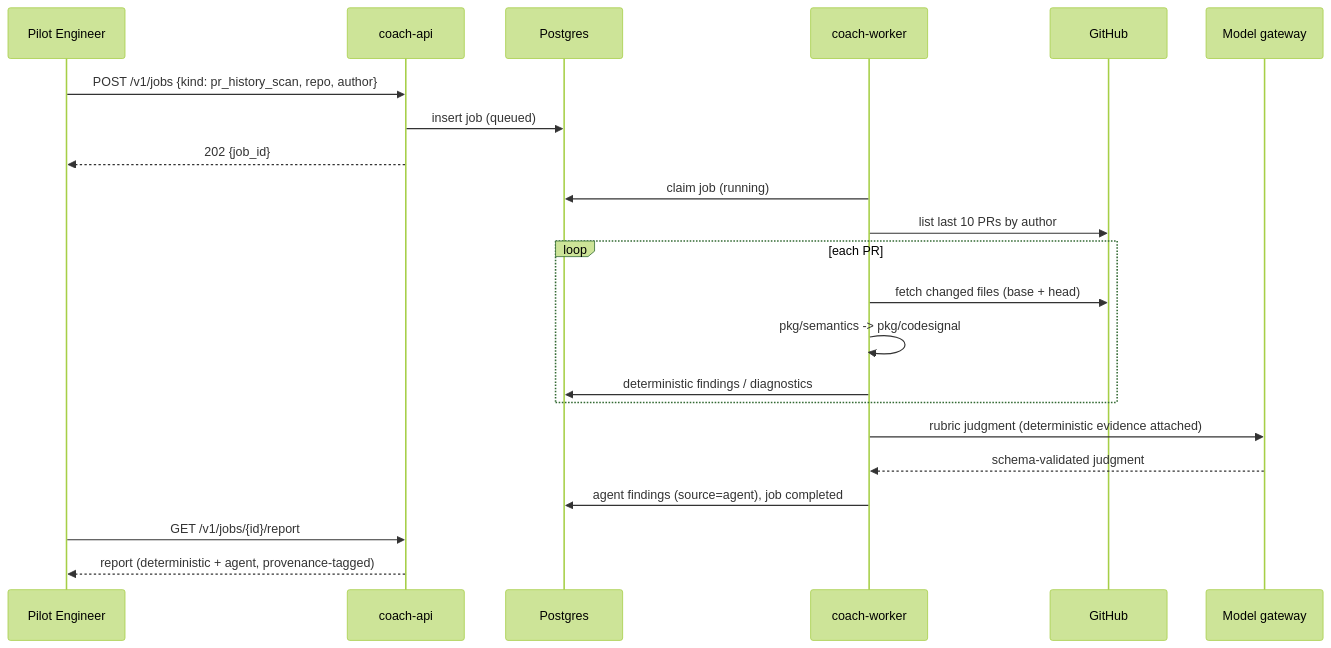
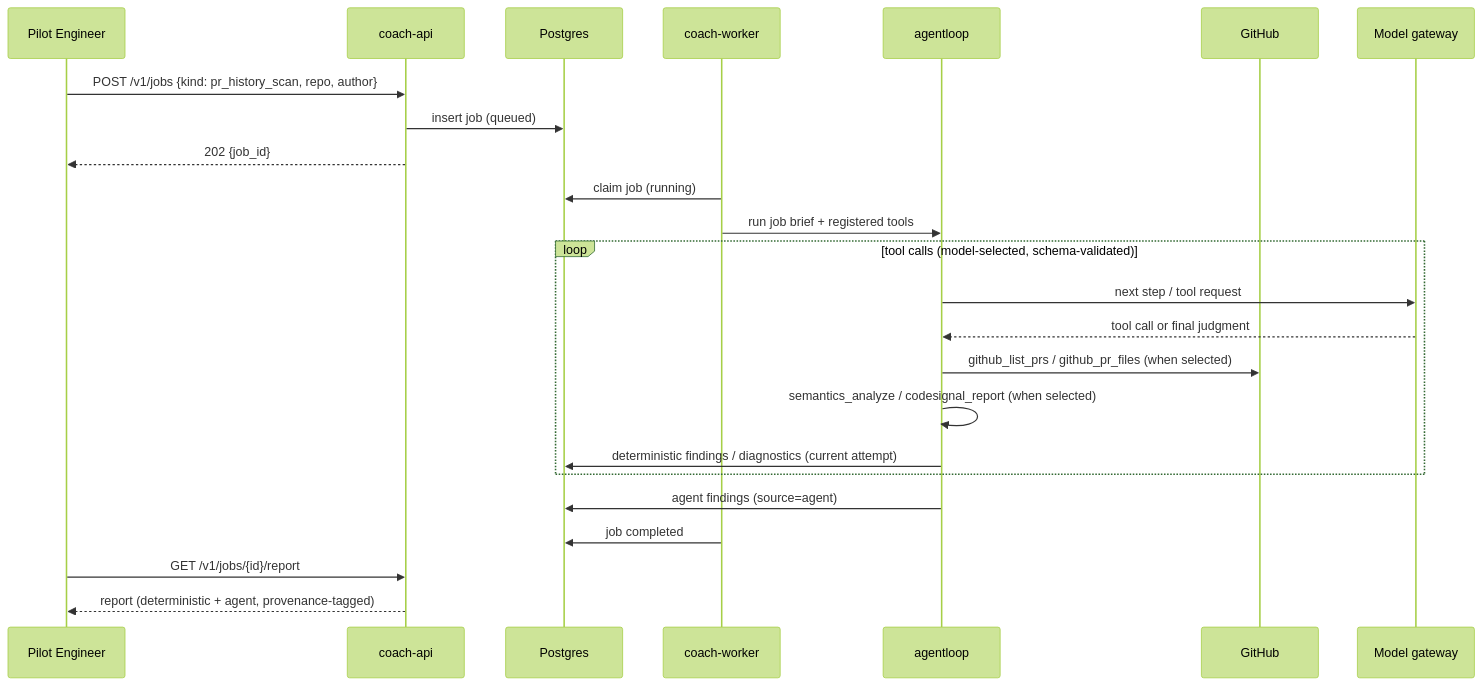
The second of 2 diagrams in .github/specs/coach-api-platform-groundwork.spec.md (lousy-agents/coach), drawn with Mermaid (forest theme) before and after one commit. The commit also changed other lines of this file, not shown here.

````diff
--- a/.github/specs/coach-api-platform-groundwork.spec.md
+++ b/.github/specs/coach-api-platform-groundwork.spec.md
@@ -174,24 +182,26 @@
 ```mermaid
 sequenceDiagram
     participant E as Pilot Engineer
     participant A as coach-api
     participant P as Postgres
     participant W as coach-worker
+    participant L as agentloop
     participant G as GitHub
     participant M as Model gateway
     E->>A: POST /v1/jobs {kind: pr_history_scan, repo, author}
     A->>P: insert job (queued)
     A-->>E: 202 {job_id}
     W->>P: claim job (running)
-    W->>G: list last 10 PRs by author
-    loop each PR
-        W->>G: fetch changed files (base + head)
-        W->>W: pkg/semantics -> pkg/codesignal
-        W->>P: deterministic findings / diagnostics
+    W->>L: run job brief + registered tools
+    loop tool calls (model-selected, schema-validated)
+        L->>M: next step / tool request
+        M-->>L: tool call or final judgment
+        L->>G: github_list_prs / github_pr_files (when selected)
+        L->>L: semantics_analyze / codesignal_report (when selected)
+        L->>P: deterministic findings / diagnostics (current attempt)
     end
-    W->>M: rubric judgment (deterministic evidence attached)
-    M-->>W: schema-validated judgment
-    W->>P: agent findings (source=agent), job completed
+    L->>P: agent findings (source=agent)
+    W->>P: job completed
     E->>A: GET /v1/jobs/{id}/report
     A-->>E: report (deterministic + agent, provenance-tagged)
 ```
````
